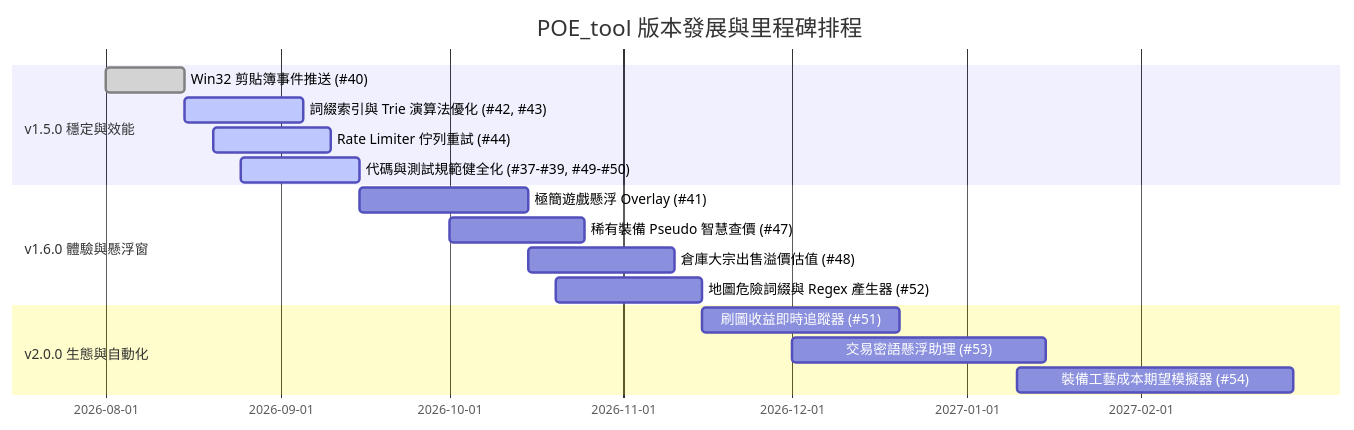
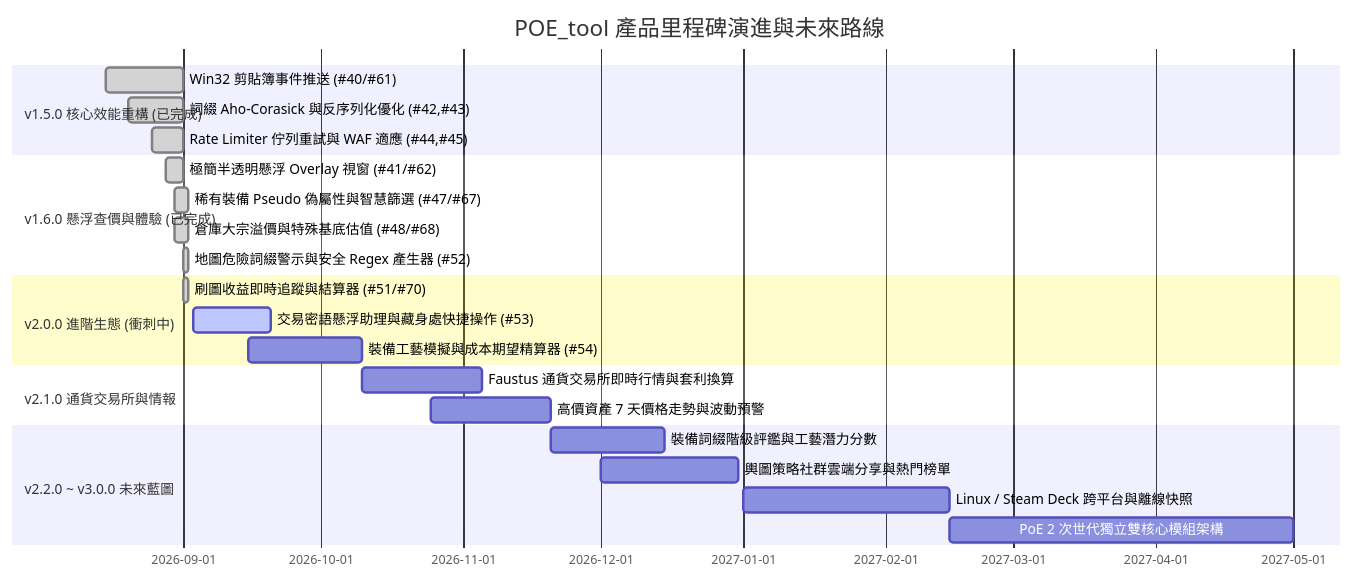
The diagram in ROADMAP.md (saijo0404/POE-tool), drawn with Mermaid before and after one commit. The commit also changed other lines of this file and 6 other files, not shown here.

````diff
--- a/ROADMAP.md
+++ b/ROADMAP.md
@@ -43,19 +49,26 @@
 ```mermaid
 gantt
-    title POE_tool 版本發展與里程碑排程
+    title POE_tool 產品里程碑演進與未來路線
     dateFormat  YYYY-MM-DD
-    section v1.5.0 穩定與效能
-    Win32 剪貼簿事件推送 (#40)           :done,    des1, 2026-08-01, 2026-08-15
-    詞綴索引與 Trie 演算法優化 (#42, #43) :active,  des2, 2026-08-15, 2026-09-05
-    Rate Limiter 佇列重試 (#44)          :active,  des3, 2026-08-20, 2026-09-10
-    代碼與測試規範健全化 (#37-#39, #49-#50):active,  des4, 2026-08-25, 2026-09-15
-    section v1.6.0 體驗與懸浮窗
-    極簡遊戲懸浮 Overlay (#41)           :         des5, 2026-09-15, 2026-10-15
-    稀有裝備 Pseudo 智慧查價 (#47)       :         des6, 2026-10-01, 2026-10-25
-    倉庫大宗出售溢價估值 (#48)           :         des7, 2026-10-15, 2026-11-10
-    地圖危險詞綴與 Regex 產生器 (#52)    :         des8, 2026-10-20, 2026-11-15
-    section v2.0.0 生態與自動化
-    刷圖收益即時追蹤器 (#51)             :         des9, 2026-11-15, 2026-12-20
-    交易密語懸浮助理 (#53)               :         des10, 2026-12-01, 2027-01-15
-    裝備工藝成本期望模擬器 (#54)         :         des11, 2027-01-10, 2027-02-28
+    section v1.5.0 核心效能重構 (已完成)
+    Win32 剪貼簿事件推送 (#40/#61)           :done,    m1_1, 2026-08-15, 2026-09-01
+    詞綴 Aho-Corasick 與反序列化優化 (#42,#43) :done,    m1_2, 2026-08-20, 2026-09-01
+    Rate Limiter 佇列重試與 WAF 適應 (#44,#45)  :done,    m1_3, 2026-08-25, 2026-09-01
+    section v1.6.0 懸浮查價與體驗 (已完成)
+    極簡半透明懸浮 Overlay 視窗 (#41/#62)     :done,    m2_1, 2026-08-28, 2026-09-01
+    稀有裝備 Pseudo 偽屬性與智慧篩選 (#47/#67) :done,    m2_2, 2026-08-30, 2026-09-02
+    倉庫大宗溢價與特殊基底估值 (#48/#68)      :done,    m2_3, 2026-08-30, 2026-09-02
+    地圖危險詞綴警示與安全 Regex 產生器 (#52)  :done,    m2_4, 2026-09-01, 2026-09-02
+    section v2.0.0 進階生態 (衝刺中)
+    刷圖收益即時追蹤與結算器 (#51/#70)        :done,    m3_1, 2026-09-01, 2026-09-02
+    交易密語懸浮助理與藏身處快捷操作 (#53)     :active,  m3_2, 2026-09-03, 2026-09-20
+    裝備工藝模擬與成本期望精算器 (#54)         :         m3_3, 2026-09-15, 2026-10-10
+    section v2.1.0 通貨交易所與情報
+    Faustus 通貨交易所即時行情與套利換算       :         m4_1, 2026-10-10, 2026-11-05
+    高價資產 7 天價格走勢與波動預警           :         m4_2, 2026-10-25, 2026-11-20
+    section v2.2.0 ~ v3.0.0 未來藍圖
+    裝備詞綴階級評鑑與工藝潛力分數           :         m5_1, 2026-11-20, 2026-12-15
+    輿圖策略社群雲端分享與熱門榜單           :         m5_2, 2026-12-01, 2026-12-31
+    Linux / Steam Deck 跨平台與離線快照      :         m6_1, 2027-01-01, 2027-02-15
+    PoE 2 次世代獨立雙核心模組架構           :         m7_1, 2027-02-15, 2027-05-01
 ```
````
